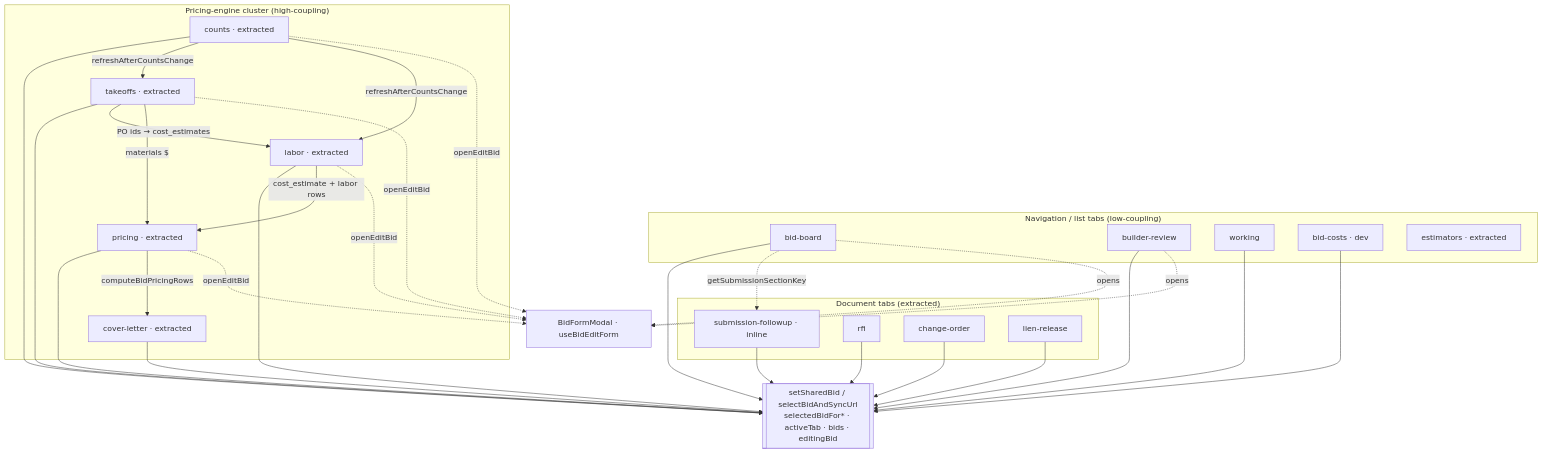
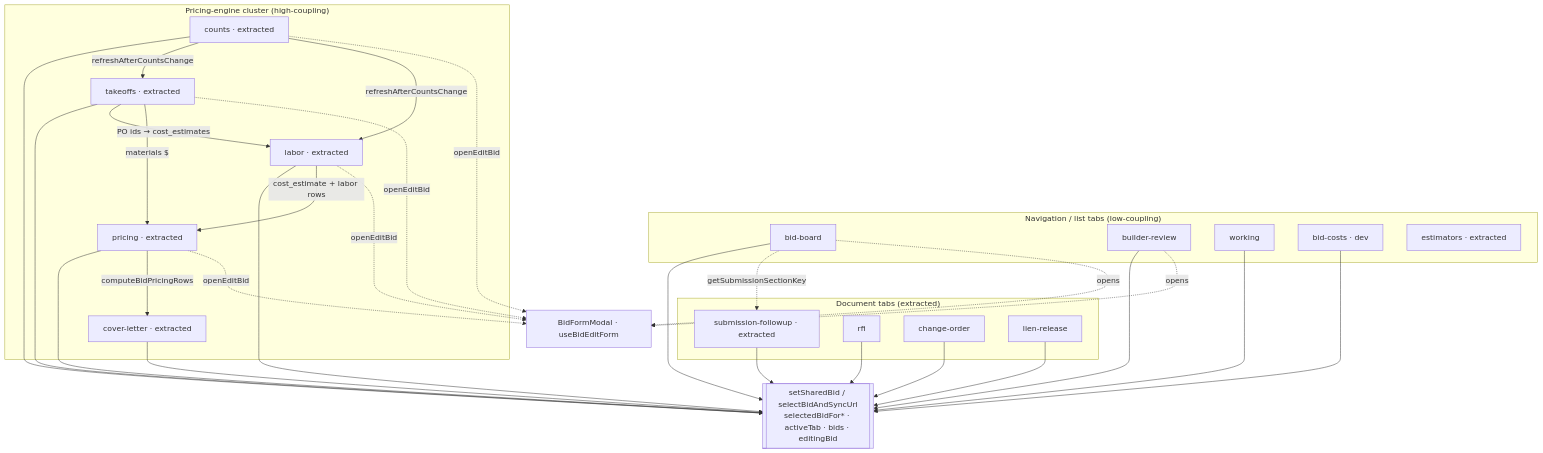
The diagram in docs/BIDS_TABS_ARCHITECTURE.md (clickconstruction/pipetooling.github.io), drawn with Mermaid before and after one commit. The commit also changed other lines of this file and 3 other files, not shown here.

````diff
--- a/docs/BIDS_TABS_ARCHITECTURE.md
+++ b/docs/BIDS_TABS_ARCHITECTURE.md
@@ -349,42 +366,42 @@
 ```mermaid
 graph TD
     subgraph nav["Navigation / list tabs (low-coupling)"]
         BB[bid-board]
         BR[builder-review]
         WK[working]
         BC[bid-costs · dev]
         ES[estimators · extracted]
     end
 
     subgraph engine["Pricing-engine cluster (high-coupling)"]
         CO[counts · extracted]
         TK[takeoffs · extracted]
         LB[labor · extracted]
         PR[pricing · extracted]
         CL[cover-letter · extracted]
     end
 
     subgraph docs["Document tabs (extracted)"]
-        SF[submission-followup · inline]
+        SF[submission-followup · extracted]
         RFI[rfi]
         CHG[change-order]
         LIEN[lien-release]
     end
 
     SHARED[["setSharedBid / selectBidAndSyncUrl<br/>selectedBidFor* · activeTab · bids · editingBid"]]
 
     BB & BR & WK & BC & SF & RFI & CHG & LIEN --> SHARED
     CO & TK & LB & PR & CL --> SHARED
 
     CO -->|refreshAfterCountsChange| TK
     CO -->|refreshAfterCountsChange| LB
     TK -->|PO ids → cost_estimates| LB
     TK -->|materials $| PR
     LB -->|cost_estimate + labor rows| PR
     PR -->|computeBidPricingRows| CL
 
     BB -.getSubmissionSectionKey.-> SF
     BB -.opens.-> BFM[BidFormModal · useBidEditForm]
     BR -.opens.-> BFM
     CO & TK & LB & PR -.openEditBid.-> BFM
 ```
````
